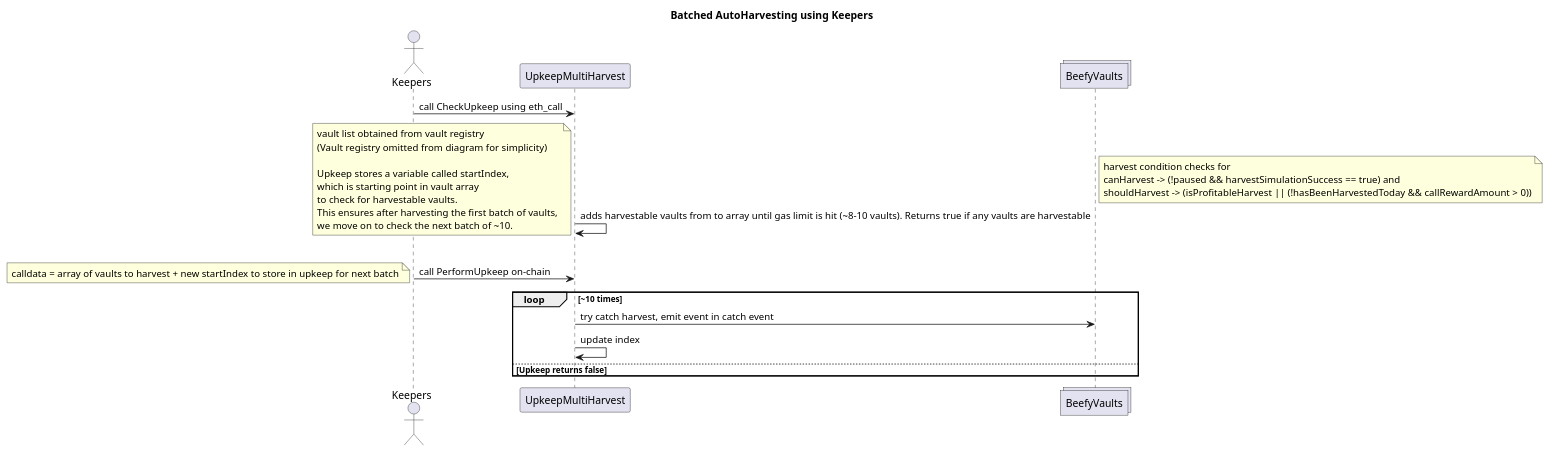
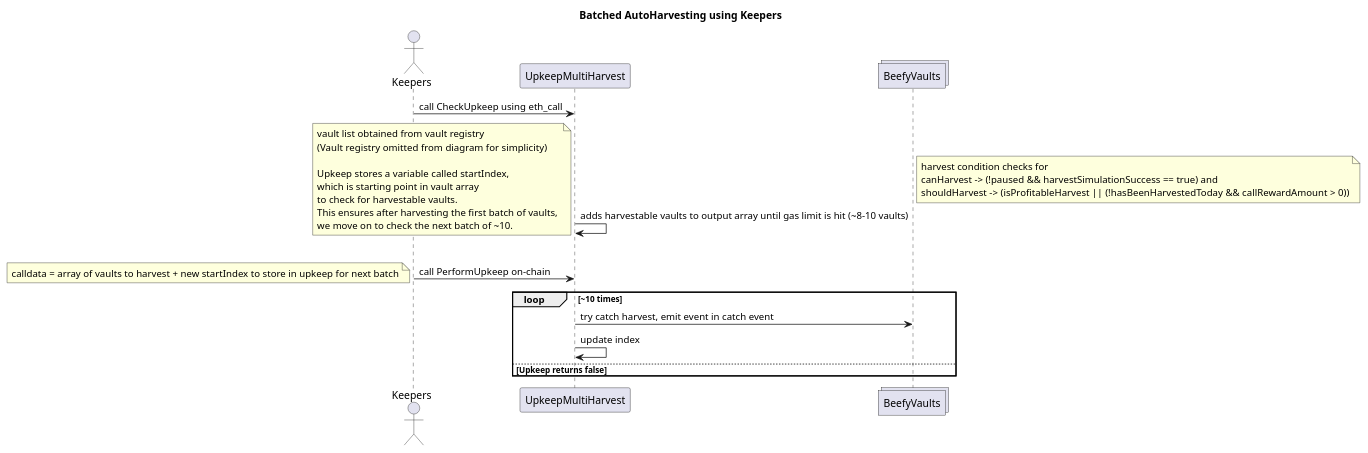
Before and after one commit to beefyfinance/beefy-contracts: the diagram in docs/keepers.wsd, drawn with PlantUML.

```diff
--- a/docs/keepers.wsd
+++ b/docs/keepers.wsd
@@ -1,34 +1,34 @@
 @startuml Batched AutoHarvesting using Keepers
 title Batched AutoHarvesting using Keepers
 
 actor Keepers
 participant UpkeepMultiHarvest as Upkeep
 collections BeefyVaults
 
 Keepers->Upkeep: call CheckUpkeep using eth_call
-Upkeep->Upkeep: adds harvestable vaults from to array until gas limit is hit (~8-10 vaults). Returns true if any vaults are harvestable
+Upkeep->Upkeep: adds harvestable vaults to output array until gas limit is hit (~8-10 vaults)
 note left
 vault list obtained from vault registry
 (Vault registry omitted from diagram for simplicity)
 
 Upkeep stores a variable called startIndex, 
 which is starting point in vault array
 to check for harvestable vaults. 
 This ensures after harvesting the first batch of vaults, 
 we move on to check the next batch of ~10.
 end note
 note right
 harvest condition checks for 
 canHarvest -> (!paused && harvestSimulationSuccess == true) and 
 shouldHarvest -> (isProfitableHarvest || (!hasBeenHarvestedToday && callRewardAmount > 0))
 end note
 alt Upkeep returns true
     Keepers->Upkeep: call PerformUpkeep on-chain
     note left: calldata = array of vaults to harvest + new startIndex to store in upkeep for next batch
     loop ~10 times
         Upkeep->BeefyVaults: try catch harvest, emit event in catch event
     Upkeep->Upkeep: update index
 else Upkeep returns false
     note left: do nothing
 end
 @enduml
```
